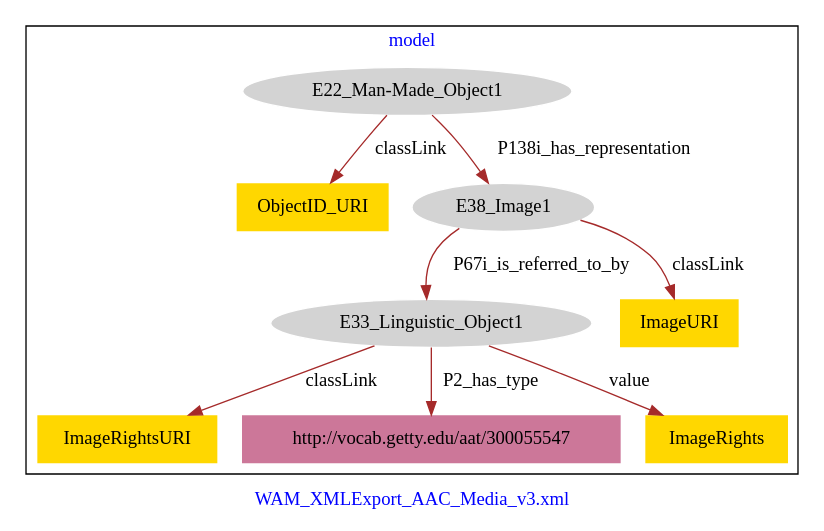
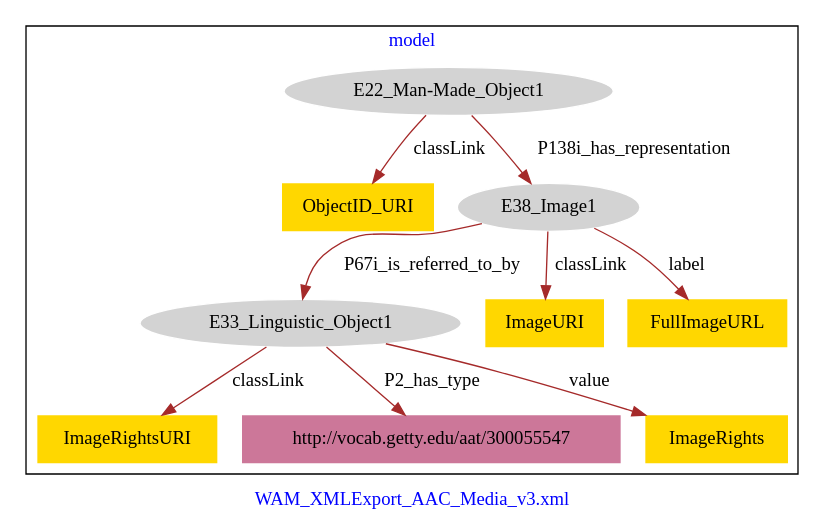
One commit to american-art/wam changed the diagram in WAM_AAC_Media/WAM_AAC_Media-model.dot. Above: the diagram before and after it, drawn with Graphviz.

Commit message:
Update file WAM_AAC_Media-model.dot

```diff
--- a/WAM_AAC_Media/WAM_AAC_Media-model.dot
+++ b/WAM_AAC_Media/WAM_AAC_Media-model.dot
@@ -1,23 +1,25 @@
 digraph n0 {
 fontcolor="blue"
 remincross="true"
 label="WAM_XMLExport_AAC_Media_v3.xml"
 subgraph cluster {
 label="model"
 n2[style="filled",color="white",fillcolor="lightgray",label="E22_Man-Made_Object1"];
 n3[shape="plaintext",style="filled",fillcolor="gold",label="ObjectID_URI"];
 n4[style="filled",color="white",fillcolor="lightgray",label="E38_Image1"];
 n5[style="filled",color="white",fillcolor="lightgray",label="E33_Linguistic_Object1"];
 n6[shape="plaintext",style="filled",fillcolor="gold",label="ImageRightsURI"];
 n7[shape="plaintext",style="filled",fillcolor="#CC7799",label="http://vocab.getty.edu/aat/300055547"];
 n8[shape="plaintext",style="filled",fillcolor="gold",label="ImageRights"];
 n9[shape="plaintext",style="filled",fillcolor="gold",label="ImageURI"];
+n10[shape="plaintext",style="filled",fillcolor="gold",label="FullImageURL"];
 }
 n2 -> n3[color="brown",fontcolor="black",label="classLink"]
 n2 -> n4[color="brown",fontcolor="black",label="P138i_has_representation"]
 n5 -> n6[color="brown",fontcolor="black",label="classLink"]
 n5 -> n7[color="brown",fontcolor="black",label="P2_has_type"]
 n5 -> n8[color="brown",fontcolor="black",label="value"]
 n4 -> n9[color="brown",fontcolor="black",label="classLink"]
 n4 -> n5[color="brown",fontcolor="black",label="P67i_is_referred_to_by"]
+n4 -> n10[color="brown",fontcolor="black",label="label"]
 }
```
